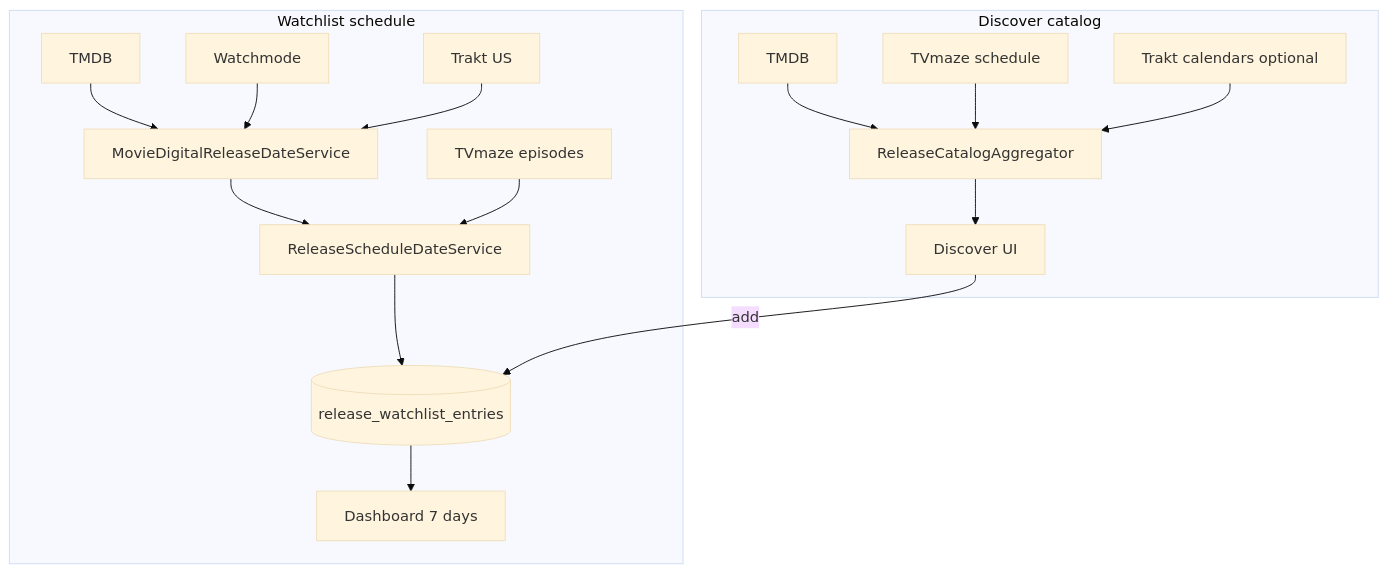
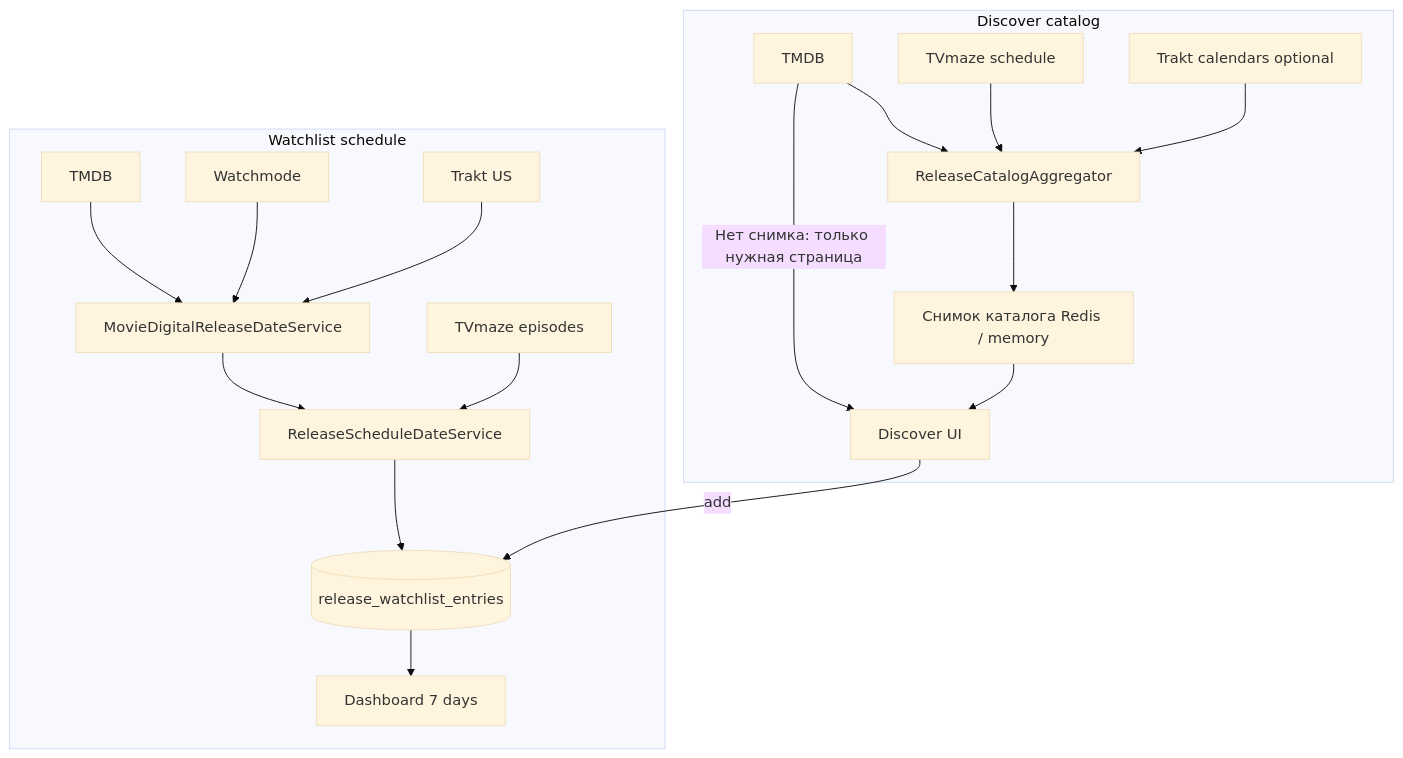
Before and after one commit to denis-ershov/anisync: the diagram in docs/modules/RELEASES_ARCHITECTURE.md, drawn with Mermaid (base theme). The commit also changed other lines of this file and 20 other files, not shown here.

````diff
--- a/docs/modules/RELEASES_ARCHITECTURE.md
+++ b/docs/modules/RELEASES_ARCHITECTURE.md
@@ -40,30 +42,32 @@
 ```mermaid
 flowchart TB
   subgraph catalog [Discover catalog]
     TMDB[TMDB]
     TVMAZE[TVmaze schedule]
     TRAKT[Trakt calendars optional]
     AGG[ReleaseCatalogAggregator]
     TMDB --> AGG
     TVMAZE --> AGG
     TRAKT --> AGG
-    AGG --> Discover[Discover UI]
+    AGG --> CACHE[Снимок каталога Redis / memory]
+    CACHE --> Discover[Discover UI]
+    TMDB -->|Нет снимка: только нужная страница| Discover
   end
   subgraph schedule [Watchlist schedule]
     SDS[ReleaseScheduleDateService]
     MDR[MovieDigitalReleaseDateService]
     TMDB2[TMDB]
     WM[Watchmode]
     TRAKT2[Trakt US]
     TVMAZE2[TVmaze episodes]
     WL[(release_watchlist_entries)]
     TMDB2 --> MDR
     WM --> MDR
     TRAKT2 --> MDR
     MDR --> SDS
     TVMAZE2 --> SDS
     SDS --> WL
     WL --> Dash[Dashboard 7 days]
   end
   Discover -->|add| WL
 ```
````
